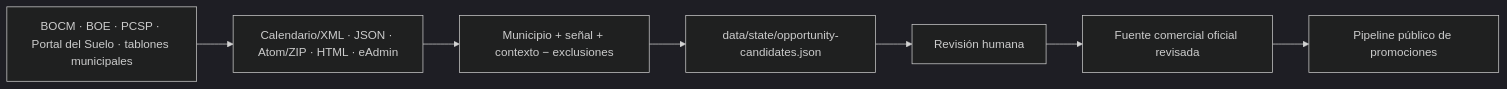
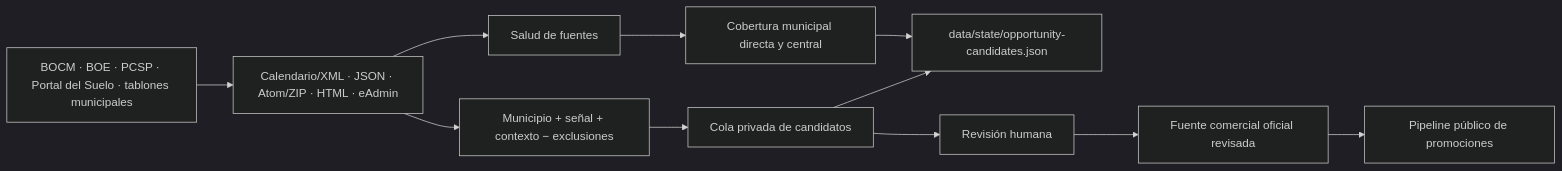
Before and after one commit to Javiig13/SierraNueva: the second of 2 diagrams in docs/architecture.md, drawn with Mermaid (dark theme). The commit also changed other lines of this file and 15 other files, not shown here.

````diff
--- a/docs/architecture.md
+++ b/docs/architecture.md
@@ -24,9 +24,13 @@
 ```mermaid
 flowchart LR
     F["BOCM · BOE · PCSP · Portal del Suelo · tablones municipales"] --> A["Calendario/XML · JSON · Atom/ZIP · HTML · eAdmin"]
     A --> R["Municipio + señal + contexto − exclusiones"]
-    R --> S["data/state/opportunity-candidates.json"]
+    R --> S["Cola privada de candidatos"]
+    A --> H["Salud de fuentes"]
+    H --> MC["Cobertura municipal directa y central"]
+    S --> P["data/state/opportunity-candidates.json"]
+    MC --> P
     S --> V["Revisión humana"]
     V --> O["Fuente comercial oficial revisada"]
-    O --> C["Pipeline público de promociones"]
+    O --> PUB["Pipeline público de promociones"]
 ```
````
